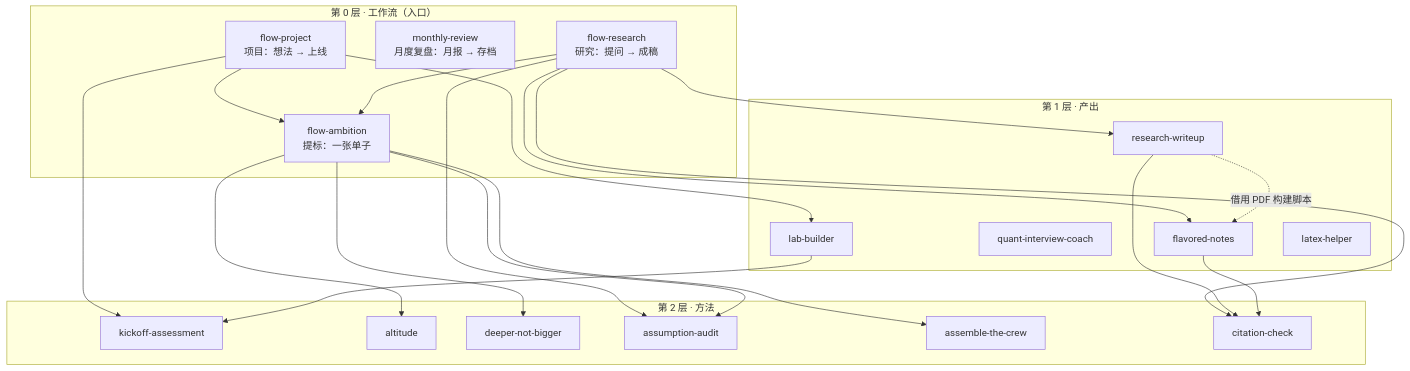
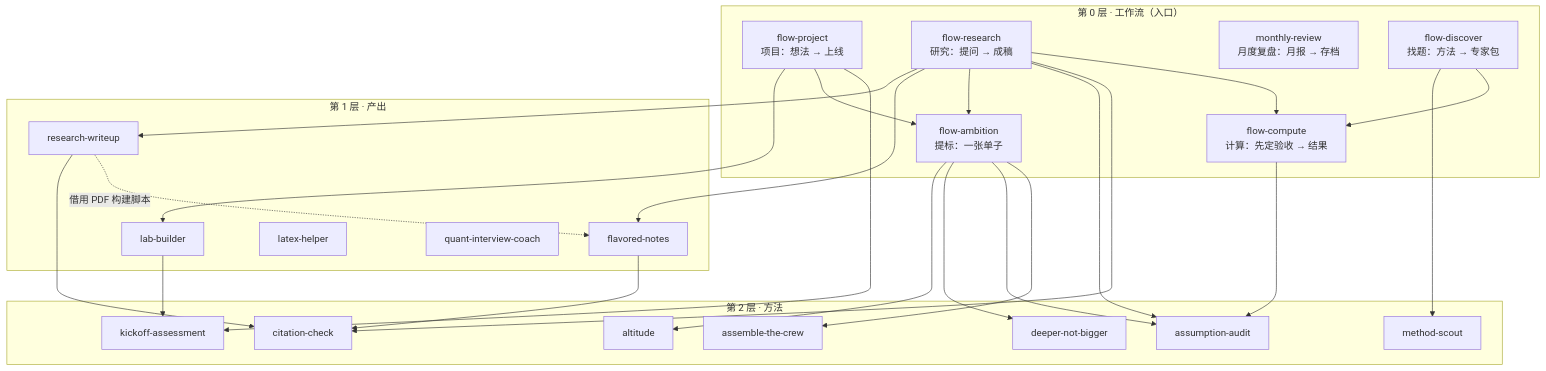
The diagram in _skills/README.md (ZechenBian/ZechenBian.github.io), drawn with Mermaid before and after one commit. The commit also changed other lines of this file and 68 other files, not shown here.

First line of the commit message:
skills: 分层工作流 v2——新增 flow-compute、flow-discover、method-scout，总控协议 v2

````diff
--- a/_skills/README.md
+++ b/_skills/README.md
@@ -15,43 +17,50 @@
 ```mermaid
 flowchart TB
   subgraph L0["第 0 层 · 工作流（入口）"]
     FP["flow-project<br/>项目：想法 → 上线"]
     FR["flow-research<br/>研究：提问 → 成稿"]
     FA["flow-ambition<br/>提标：一张单子"]
     MR["monthly-review<br/>月度复盘：月报 → 存档"]
+    FC["flow-compute<br/>计算：先定验收 → 结果"]
+    FD["flow-discover<br/>找题：方法 → 专家包"]
   end
   subgraph L1["第 1 层 · 产出"]
     LB[lab-builder]
     RW[research-writeup]
     FN[flavored-notes]
     LH[latex-helper]
     QC[quant-interview-coach]
   end
   subgraph L2["第 2 层 · 方法"]
     KA[kickoff-assessment]
     AL[altitude]
     DN[deeper-not-bigger]
     AA[assumption-audit]
     AC[assemble-the-crew]
     CC[citation-check]
+    CS[method-scout]
   end
   FP --> LB
   FR --> RW
   FR --> FN
   FP --> FA
   FR --> FA
   FP --> KA
   FR --> AA
   FR --> CC
+  FR --> FC
+  FD --> CS
+  FD --> FC
+  FC --> AA
   FA --> AL
   FA --> DN
   FA --> AA
   FA --> AC
   LB --> KA
   RW --> CC
   FN --> CC
   RW -. 借用 PDF 构建脚本 .-> FN
   MR ~~~ FA
   QC ~~~ AC
   LH ~~~ CC
 ```
````
